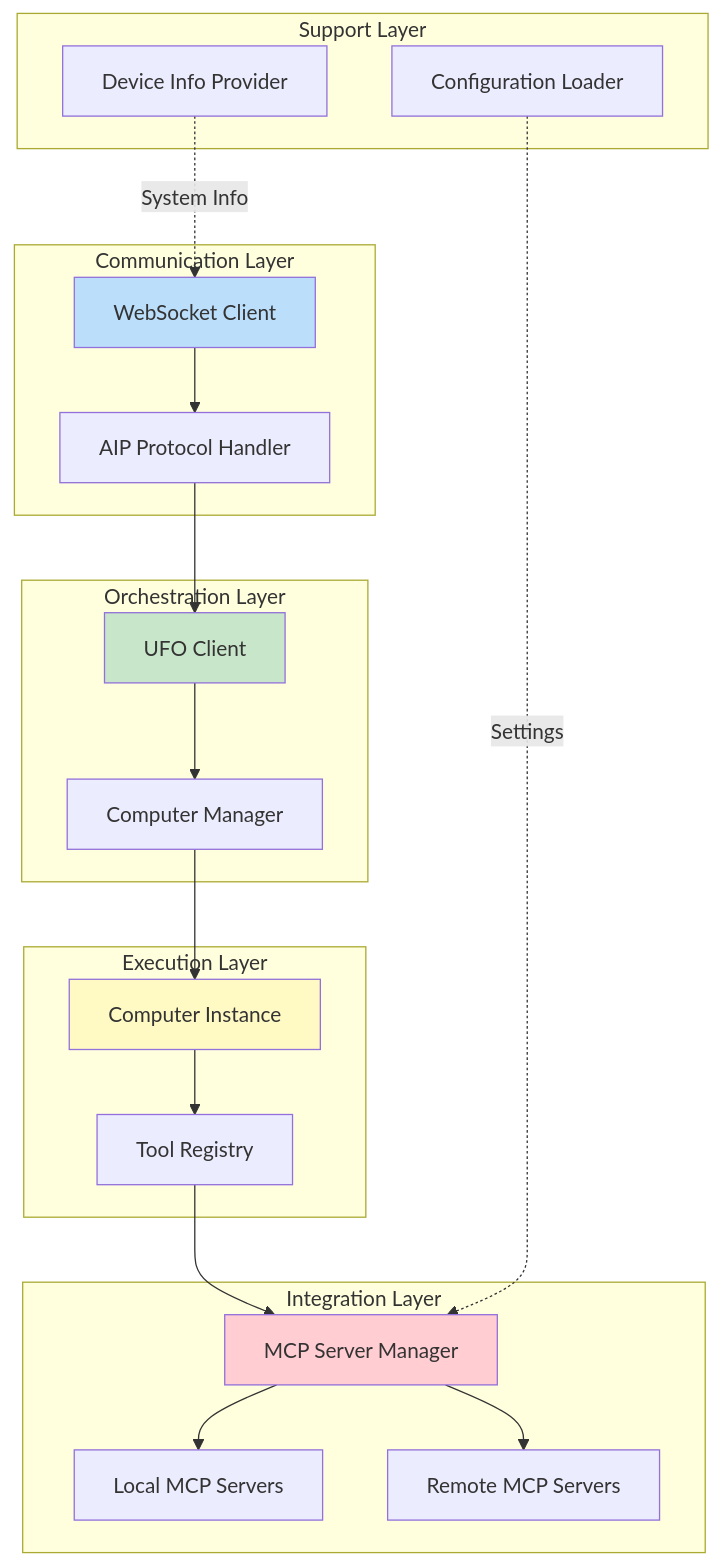
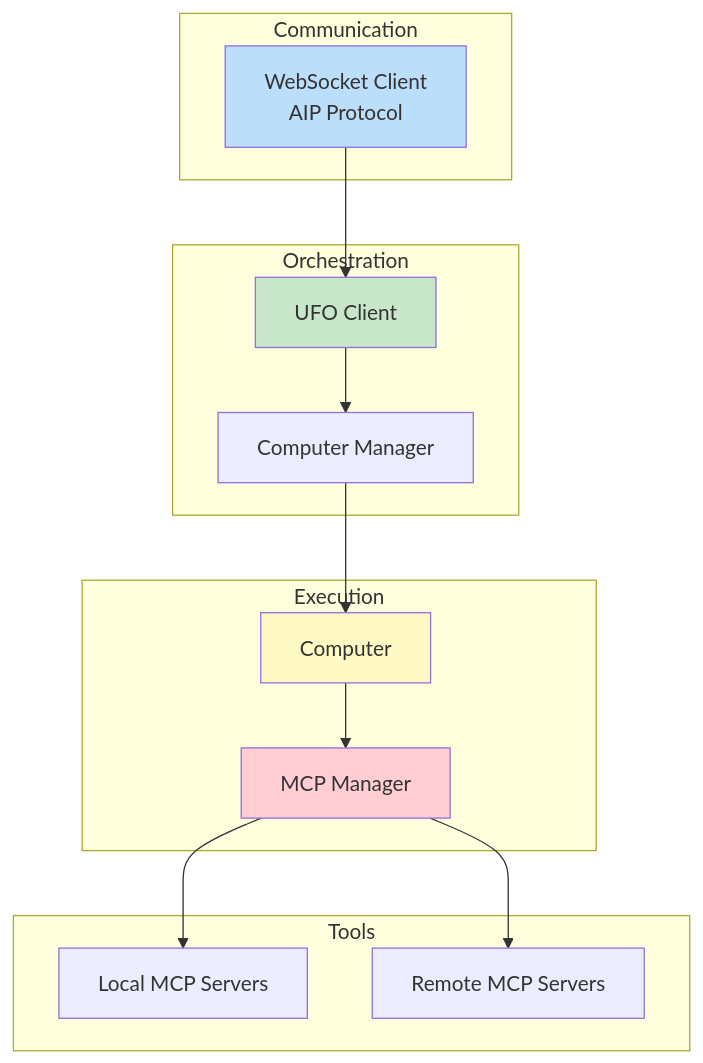
The second of 9 diagrams in documents/docs/client/overview.md (microsoft/UFO), drawn with Mermaid before and after one commit. The commit also changed other lines of this file and 7 other files, not shown here.

````diff
--- a/documents/docs/client/overview.md
+++ b/documents/docs/client/overview.md
@@ -77,45 +67,33 @@
 ```mermaid
 graph TB
-    subgraph "Communication Layer"
-        WSC[WebSocket Client]
-        AIP[AIP Protocol Handler]
+    subgraph "Communication"
+        WSC[WebSocket Client<br/>AIP Protocol]
     end
     
-    subgraph "Orchestration Layer"
+    subgraph "Orchestration"
         UFC[UFO Client]
         CM[Computer Manager]
     end
     
-    subgraph "Execution Layer"
-        COMP[Computer Instance]
-        TR[Tool Registry]
+    subgraph "Execution"
+        COMP[Computer]
+        MCPM[MCP Manager]
     end
     
-    subgraph "Integration Layer"
-        MCPM[MCP Server Manager]
+    subgraph "Tools"
         LOCAL[Local MCP Servers]
         REMOTE[Remote MCP Servers]
     end
     
-    subgraph "Support Layer"
-        DI[Device Info Provider]
-        CONFIG[Configuration Loader]
-    end
-    
-    WSC --> AIP
-    AIP --> UFC
+    WSC --> UFC
     UFC --> CM
     CM --> COMP
-    COMP --> TR
-    TR --> MCPM
+    COMP --> MCPM
     MCPM --> LOCAL
     MCPM --> REMOTE
-    
-    DI -.->|System Info| WSC
-    CONFIG -.->|Settings| MCPM
     
     style WSC fill:#bbdefb
     style UFC fill:#c8e6c9
     style COMP fill:#fff9c4
     style MCPM fill:#ffcdd2
 ```
````
